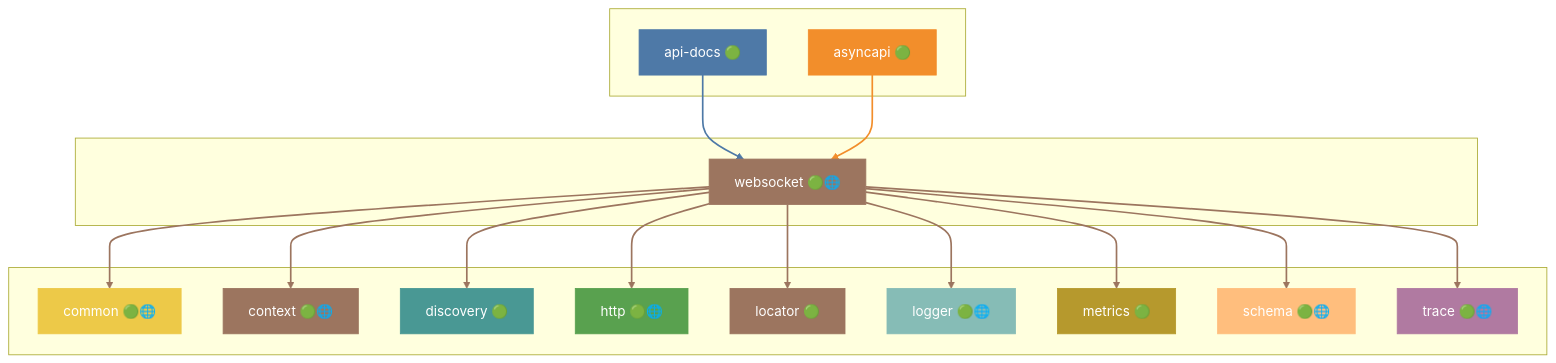
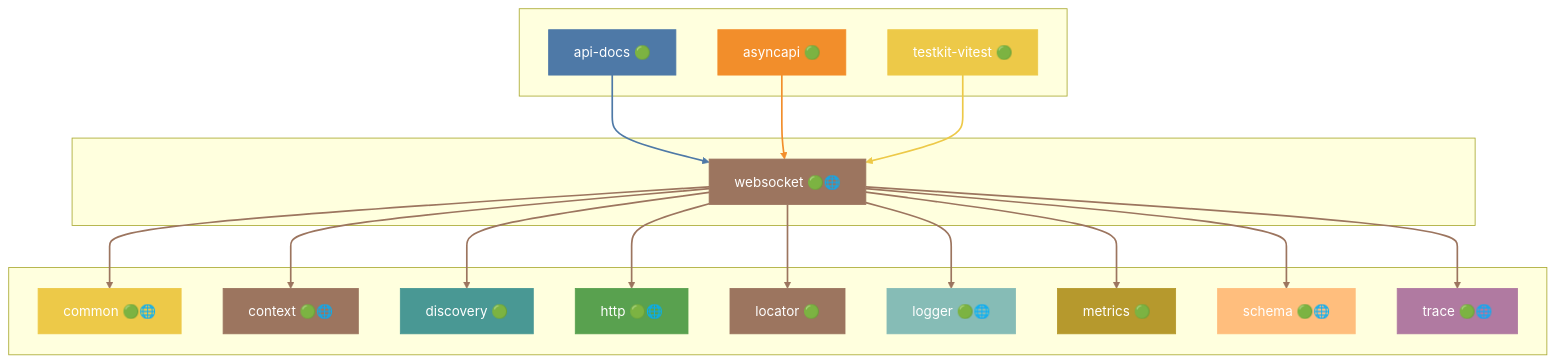
One commit to grest-ts/grest-ts changed diagram 46 of 46 in docs/DEPENDENCIES.md. Above: the diagram before and after it, drawn with Mermaid. The commit also changed other lines of this file and 6 other files, not shown here.

````diff
--- a/docs/DEPENDENCIES.md
+++ b/docs/DEPENDENCIES.md
@@ -2117,55 +2189,59 @@
 ```mermaid
 flowchart TB
     subgraph Dependents[" "]
         api-docs["api-docs 🟢"]
         asyncapi["asyncapi 🟢"]
+        testkit-vitest["testkit-vitest 🟢"]
     end
     subgraph Package[" "]
         websocket["websocket 🟢🌐"]
     end
     subgraph Dependencies[" "]
         common["common 🟢🌐"]
         context["context 🟢🌐"]
         discovery["discovery 🟢"]
         http["http 🟢🌐"]
         locator["locator 🟢"]
         logger["logger 🟢🌐"]
         metrics["metrics 🟢"]
         schema["schema 🟢🌐"]
         trace["trace 🟢🌐"]
     end
     api-docs --> websocket
     asyncapi --> websocket
+    testkit-vitest --> websocket
     websocket --> common
     websocket --> context
     websocket --> discovery
     websocket --> http
     websocket --> locator
     websocket --> logger
     websocket --> metrics
     websocket --> schema
     websocket --> trace
     style websocket fill:#9C755F,stroke:#9C755F,color:#fff
     style api-docs fill:#4E79A7,stroke:#4E79A7,color:#fff
     style asyncapi fill:#F28E2B,stroke:#F28E2B,color:#fff
+    style testkit-vitest fill:#EDC948,stroke:#EDC948,color:#fff
     style common fill:#EDC948,stroke:#EDC948,color:#fff
     style context fill:#9C755F,stroke:#9C755F,color:#fff
     style discovery fill:#499894,stroke:#499894,color:#fff
     style http fill:#59A14F,stroke:#59A14F,color:#fff
     style locator fill:#9C755F,stroke:#9C755F,color:#fff
     style logger fill:#86BCB6,stroke:#86BCB6,color:#fff
     style metrics fill:#B6992D,stroke:#B6992D,color:#fff
     style schema fill:#FFBE7D,stroke:#FFBE7D,color:#fff
     style trace fill:#B07AA1,stroke:#B07AA1,color:#fff
     linkStyle 0 stroke:#4E79A7,stroke-width:2px
     linkStyle 1 stroke:#F28E2B,stroke-width:2px
-    linkStyle 2 stroke:#9C755F,stroke-width:2px
+    linkStyle 2 stroke:#EDC948,stroke-width:2px
     linkStyle 3 stroke:#9C755F,stroke-width:2px
     linkStyle 4 stroke:#9C755F,stroke-width:2px
     linkStyle 5 stroke:#9C755F,stroke-width:2px
     linkStyle 6 stroke:#9C755F,stroke-width:2px
     linkStyle 7 stroke:#9C755F,stroke-width:2px
     linkStyle 8 stroke:#9C755F,stroke-width:2px
     linkStyle 9 stroke:#9C755F,stroke-width:2px
     linkStyle 10 stroke:#9C755F,stroke-width:2px
+    linkStyle 11 stroke:#9C755F,stroke-width:2px
 ```
````
